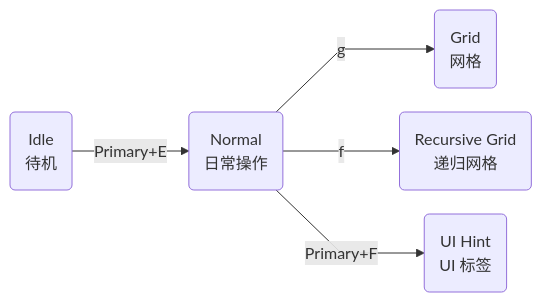
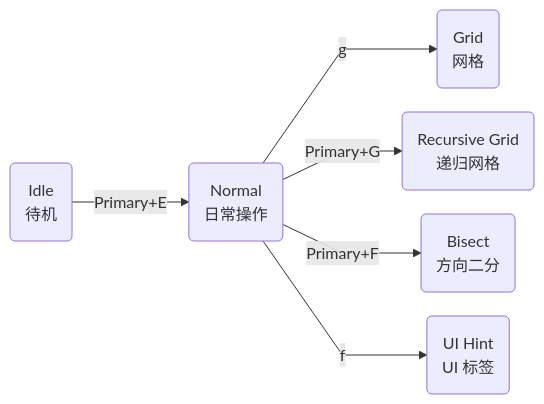
Before and after one commit to Net-zen/KeySteer: the diagram in docs/modes/index.md, drawn with Mermaid. The commit also changed other lines of this file and 94 other files, not shown here.

Commit message:
Add Bisect mode and platform fixes

````diff
--- a/docs/modes/index.md
+++ b/docs/modes/index.md
@@ -5,27 +5,30 @@
 ```mermaid
 ---
 config:
     layout: dagre
     look: classic
     flowchart:
         curve: linear
         nodeSpacing: 24
         rankSpacing: 44
 ---
 flowchart LR
     idle("Idle<br/>待机"):::mode-step
     normal("Normal<br/>日常操作"):::mode-primary
     grid("Grid<br/>网格"):::mode-step
     rg("Recursive Grid<br/>递归网格"):::mode-step
+    bs("Bisect<br/>方向二分"):::mode-step
     ui("UI Hint<br/>UI 标签"):::mode-step
 
     idle -->|"Primary+E"| normal
     normal -->|g| grid
-    normal -->|f| rg
-    normal -->|"Primary+F"| ui
+    normal -->|"Primary+G"| rg
+    normal -->|"Primary+F"| bs
+    normal -->|f| ui
     class idle diagram-blue
     class normal diagram-violet
     class grid diagram-green
     class rg diagram-amber
+    class bs diagram-amber
     class ui diagram-rose
 ```
````
